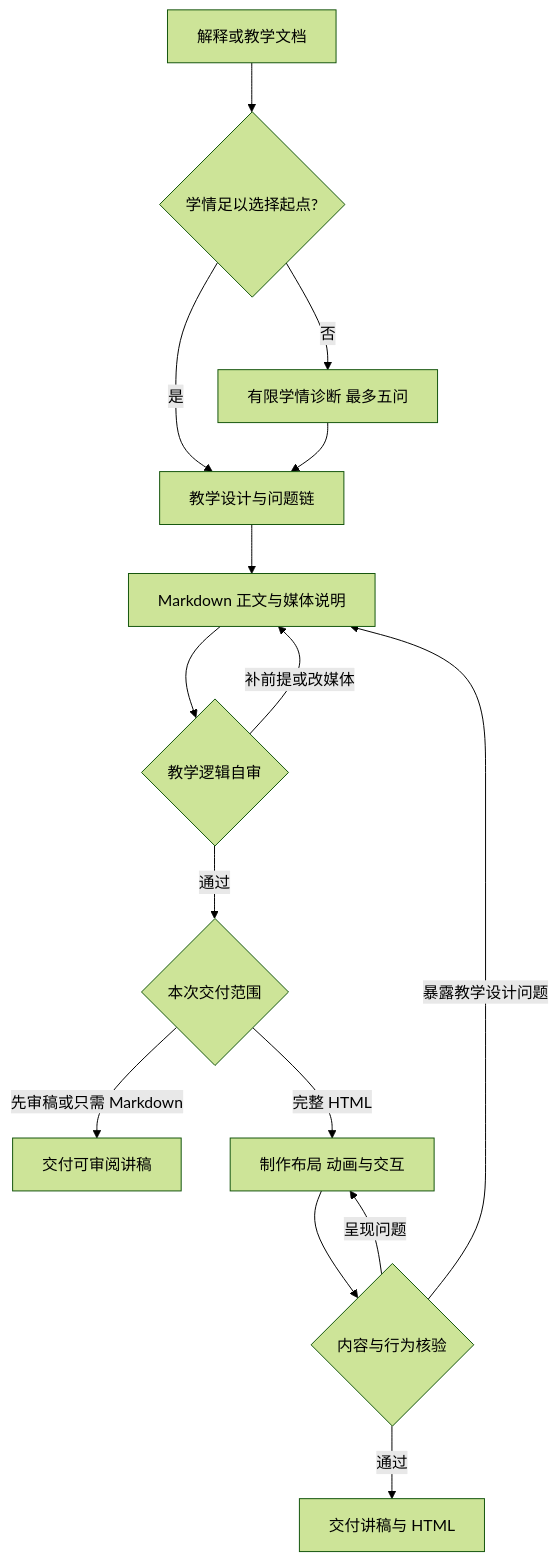
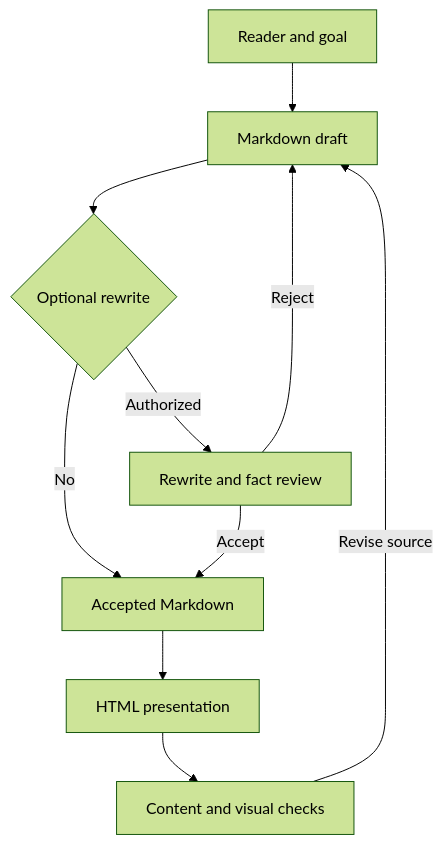
The diagram in references/explanation-authoring.mmd (yyihuan/explain-artifact-skill), drawn with Mermaid (forest theme) before and after one commit. The commit also changed 8 other files, not shown here.

```diff
--- a/references/explanation-authoring.mmd
+++ b/references/explanation-authoring.mmd
@@ -1,15 +1,10 @@
 flowchart TD
-    A[解释或教学文档] --> B{学情足以选择起点?}
-    B -->|是| D[教学设计与问题链]
-    B -->|否| C[有限学情诊断 最多五问]
-    C --> D
-    D --> E[Markdown 正文与媒体说明]
-    E --> F{教学逻辑自审}
-    F -->|补前提或改媒体| E
-    F -->|通过| G{本次交付范围}
-    G -->|先审稿或只需 Markdown| J[交付可审阅讲稿]
-    G -->|完整 HTML| H[制作布局 动画与交互]
-    H --> I{内容与行为核验}
-    I -->|暴露教学设计问题| E
-    I -->|呈现问题| H
-    I -->|通过| K[交付讲稿与 HTML]
+  A[Reader and goal] --> B[Markdown draft]
+  B --> C{Optional rewrite}
+  C -->|No| E[Accepted Markdown]
+  C -->|Authorized| D[Rewrite and fact review]
+  D -->|Accept| E
+  D -->|Reject| B
+  E --> F[HTML presentation]
+  F --> G[Content and visual checks]
+  G -->|Revise source| B
```
